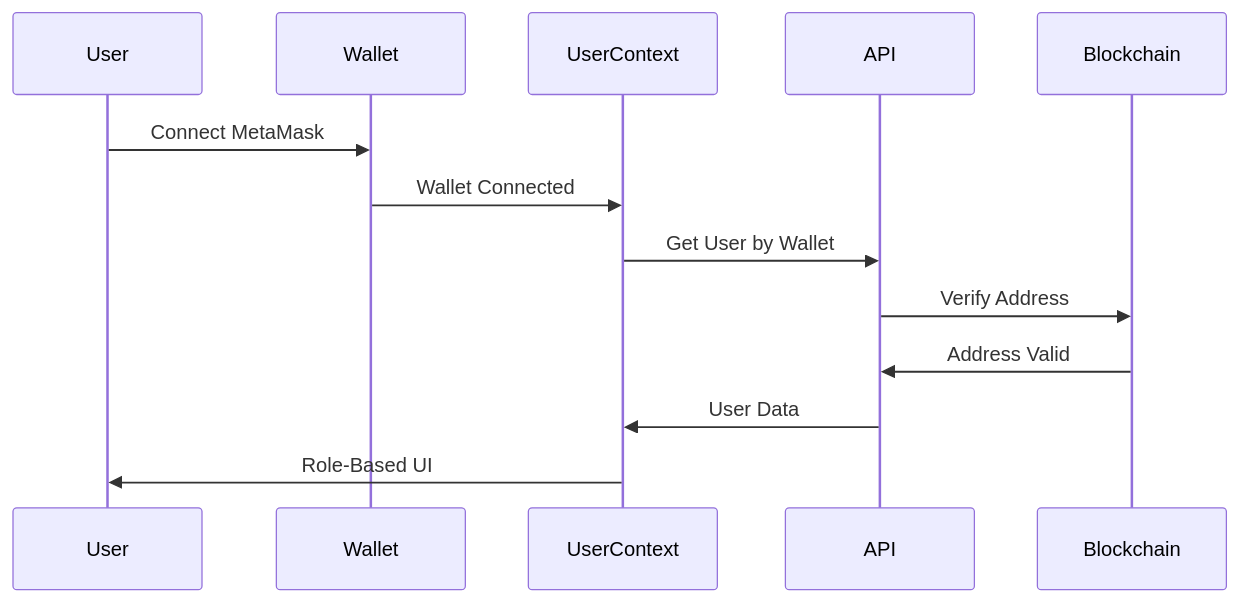
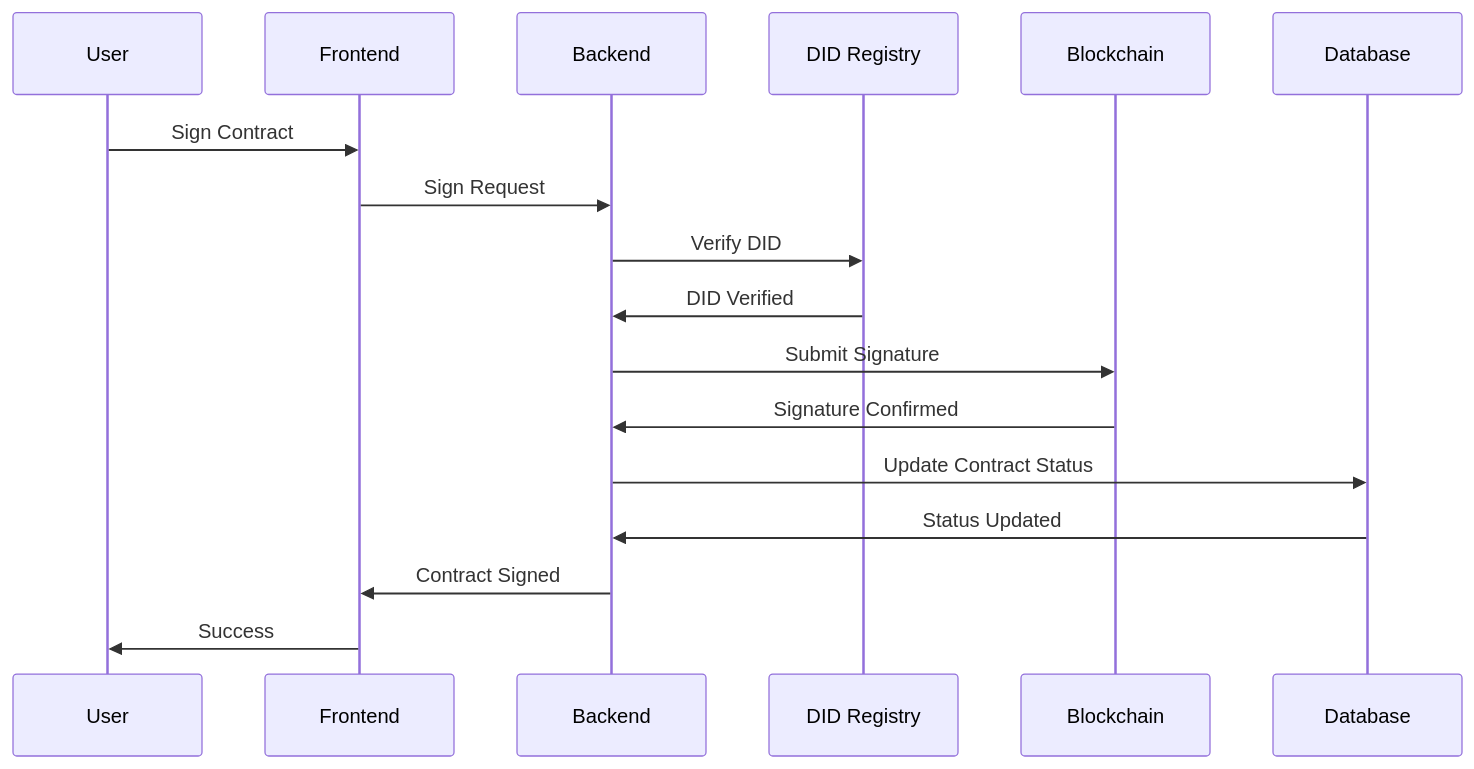
The tenth of 19 diagrams in ARCHITECTURE_GUIDE.md (gitmujoshi/Confidential-AI-Network), drawn with Mermaid before and after one commit. The commit also changed other lines of this file, not shown here.

First line of the commit message:
docs: refactor architecture guide with modular chunking approach

````diff
--- a/ARCHITECTURE_GUIDE.md
+++ b/ARCHITECTURE_GUIDE.md
@@ -263,16 +400,20 @@
 ```mermaid
 sequenceDiagram
     participant U as User
-    participant W as Wallet
-    participant C as UserContext
-    participant A as API
-    participant B as Blockchain
+    participant F as Frontend
+    participant B as Backend
+    participant DID as DID Registry
+    participant BC as Blockchain
+    participant DB as Database
     
-    U->>W: Connect MetaMask
-    W->>C: Wallet Connected
-    C->>A: Get User by Wallet
-    A->>B: Verify Address
-    B->>A: Address Valid
-    A->>C: User Data
-    C->>U: Role-Based UI
+    U->>F: Sign Contract
+    F->>B: Sign Request
+    B->>DID: Verify DID
+    DID->>B: DID Verified
+    B->>BC: Submit Signature
+    BC->>B: Signature Confirmed
+    B->>DB: Update Contract Status
+    DB->>B: Status Updated
+    B->>F: Contract Signed
+    F->>U: Success
 ```
````
